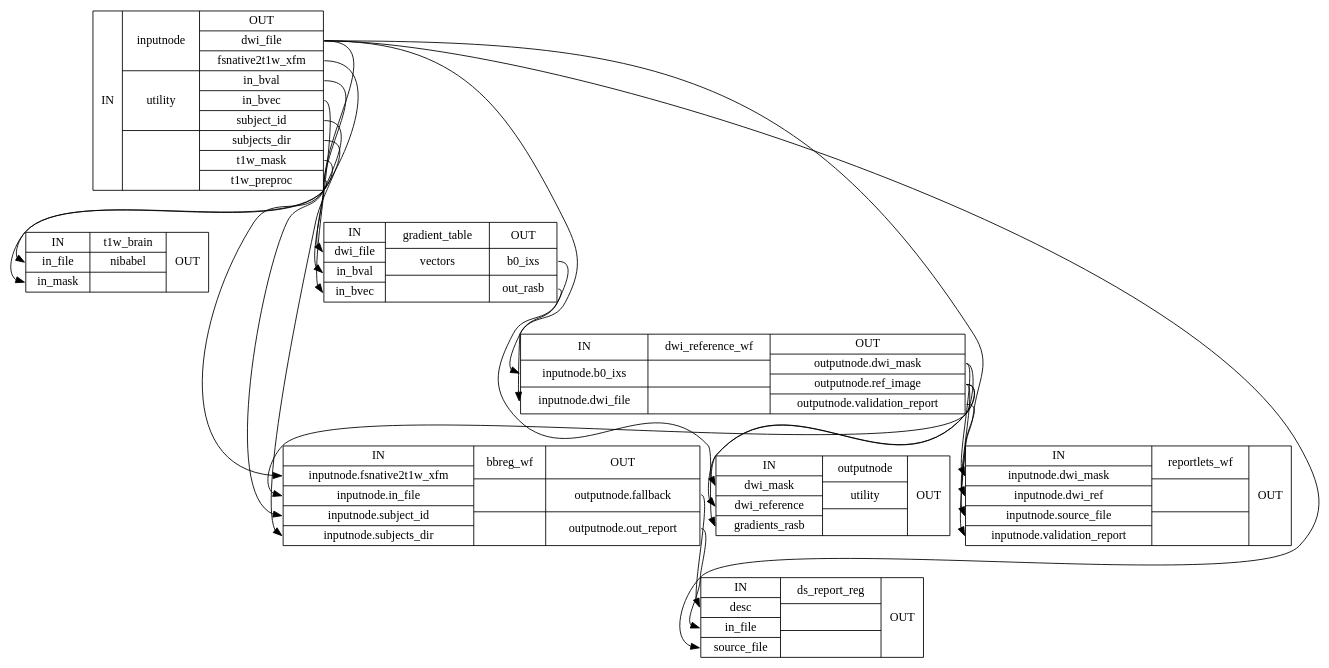
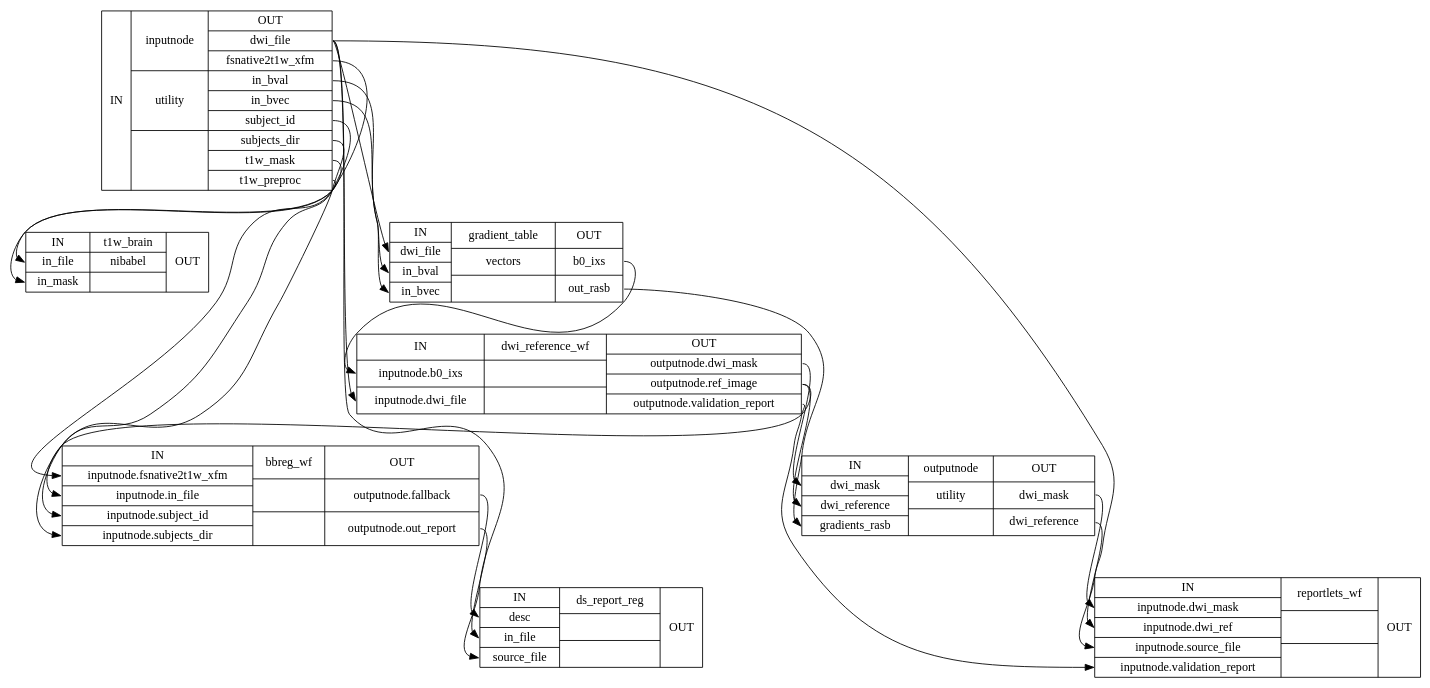
Before and after one commit to nipreps/dmriprep: the diagram in master/wf_directive/api/dwi_preproc_wf/dmriprep-workflows-dwi-base-1_detailed.dot, drawn with Graphviz. The commit also changed 302 other files, not shown here.

```diff
--- a/master/wf_directive/api/dwi_preproc_wf/dmriprep-workflows-dwi-base-1_detailed.dot
+++ b/master/wf_directive/api/dwi_preproc_wf/dmriprep-workflows-dwi-base-1_detailed.dot
@@ -1,32 +1,32 @@
 digraph structs {
 node [shape=record];
 dwi_preproc_wfinputnode [label="{IN}|{ inputnode | utility |  }|{OUT|<outdwifile> dwi_file|<outfsnative2t1wxfm> fsnative2t1w_xfm|<outinbval> in_bval|<outinbvec> in_bvec|<outsubjectid> subject_id|<outsubjectsdir> subjects_dir|<outt1wmask> t1w_mask|<outt1wpreproc> t1w_preproc}"];
 dwi_preproc_wft1w_brain [label="{IN|<ininfile> in_file|<ininmask> in_mask}|{ t1w_brain | nibabel |  }|{OUT}"];
 dwi_preproc_wfgradient_table [label="{IN|<indwifile> dwi_file|<ininbval> in_bval|<ininbvec> in_bvec}|{ gradient_table | vectors |  }|{OUT|<outb0ixs> b0_ixs|<outoutrasb> out_rasb}"];
 dwi_preproc_wfdwi_reference_wf [label="{IN|<ininputnodeb0ixs> inputnode.b0_ixs|<ininputnodedwifile> inputnode.dwi_file}|{ dwi_reference_wf |  |  }|{OUT|<outoutputnodedwimask> outputnode.dwi_mask|<outoutputnoderefimage> outputnode.ref_image|<outoutputnodevalidationreport> outputnode.validation_report}"];
+dwi_preproc_wfoutputnode [label="{IN|<indwimask> dwi_mask|<indwireference> dwi_reference|<ingradientsrasb> gradients_rasb}|{ outputnode | utility |  }|{OUT|<outdwimask> dwi_mask|<outdwireference> dwi_reference}"];
 dwi_preproc_wfreportlets_wf [label="{IN|<ininputnodedwimask> inputnode.dwi_mask|<ininputnodedwiref> inputnode.dwi_ref|<ininputnodesourcefile> inputnode.source_file|<ininputnodevalidationreport> inputnode.validation_report}|{ reportlets_wf |  |  }|{OUT}"];
 dwi_preproc_wfbbreg_wf [label="{IN|<ininputnodefsnative2t1wxfm> inputnode.fsnative2t1w_xfm|<ininputnodeinfile> inputnode.in_file|<ininputnodesubjectid> inputnode.subject_id|<ininputnodesubjectsdir> inputnode.subjects_dir}|{ bbreg_wf |  |  }|{OUT|<outoutputnodefallback> outputnode.fallback|<outoutputnodeoutreport> outputnode.out_report}"];
 dwi_preproc_wfds_report_reg [label="{IN|<indesc> desc|<ininfile> in_file|<insourcefile> source_file}|{ ds_report_reg |  |  }|{OUT}"];
-dwi_preproc_wfoutputnode [label="{IN|<indwimask> dwi_mask|<indwireference> dwi_reference|<ingradientsrasb> gradients_rasb}|{ outputnode | utility |  }|{OUT}"];
 dwi_preproc_wfbbreg_wf:outoutputnodefallback:e -> dwi_preproc_wfds_report_reg:indesc:w;
 dwi_preproc_wfbbreg_wf:outoutputnodeoutreport:e -> dwi_preproc_wfds_report_reg:ininfile:w;
 dwi_preproc_wfdwi_reference_wf:outoutputnodedwimask:e -> dwi_preproc_wfoutputnode:indwimask:w;
-dwi_preproc_wfdwi_reference_wf:outoutputnodedwimask:e -> dwi_preproc_wfreportlets_wf:ininputnodedwimask:w;
 dwi_preproc_wfdwi_reference_wf:outoutputnoderefimage:e -> dwi_preproc_wfbbreg_wf:ininputnodeinfile:w;
 dwi_preproc_wfdwi_reference_wf:outoutputnoderefimage:e -> dwi_preproc_wfoutputnode:indwireference:w;
-dwi_preproc_wfdwi_reference_wf:outoutputnoderefimage:e -> dwi_preproc_wfreportlets_wf:ininputnodedwiref:w;
 dwi_preproc_wfdwi_reference_wf:outoutputnodevalidationreport:e -> dwi_preproc_wfreportlets_wf:ininputnodevalidationreport:w;
 dwi_preproc_wfgradient_table:outb0ixs:e -> dwi_preproc_wfdwi_reference_wf:ininputnodeb0ixs:w;
 dwi_preproc_wfgradient_table:outoutrasb:e -> dwi_preproc_wfoutputnode:ingradientsrasb:w;
 dwi_preproc_wfinputnode:outdwifile:e -> dwi_preproc_wfds_report_reg:insourcefile:w;
 dwi_preproc_wfinputnode:outdwifile:e -> dwi_preproc_wfdwi_reference_wf:ininputnodedwifile:w;
 dwi_preproc_wfinputnode:outdwifile:e -> dwi_preproc_wfgradient_table:indwifile:w;
 dwi_preproc_wfinputnode:outdwifile:e -> dwi_preproc_wfreportlets_wf:ininputnodesourcefile:w;
 dwi_preproc_wfinputnode:outfsnative2t1wxfm:e -> dwi_preproc_wfbbreg_wf:ininputnodefsnative2t1wxfm:w;
 dwi_preproc_wfinputnode:outinbval:e -> dwi_preproc_wfgradient_table:ininbval:w;
 dwi_preproc_wfinputnode:outinbvec:e -> dwi_preproc_wfgradient_table:ininbvec:w;
 dwi_preproc_wfinputnode:outsubjectid:e -> dwi_preproc_wfbbreg_wf:ininputnodesubjectid:w;
 dwi_preproc_wfinputnode:outsubjectsdir:e -> dwi_preproc_wfbbreg_wf:ininputnodesubjectsdir:w;
 dwi_preproc_wfinputnode:outt1wmask:e -> dwi_preproc_wft1w_brain:ininmask:w;
 dwi_preproc_wfinputnode:outt1wpreproc:e -> dwi_preproc_wft1w_brain:ininfile:w;
+dwi_preproc_wfoutputnode:outdwimask:e -> dwi_preproc_wfreportlets_wf:ininputnodedwimask:w;
+dwi_preproc_wfoutputnode:outdwireference:e -> dwi_preproc_wfreportlets_wf:ininputnodedwiref:w;
 }
```
